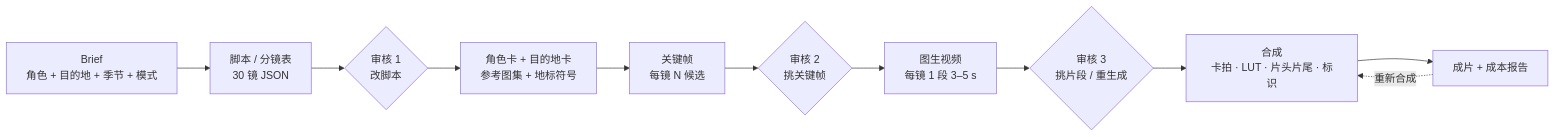
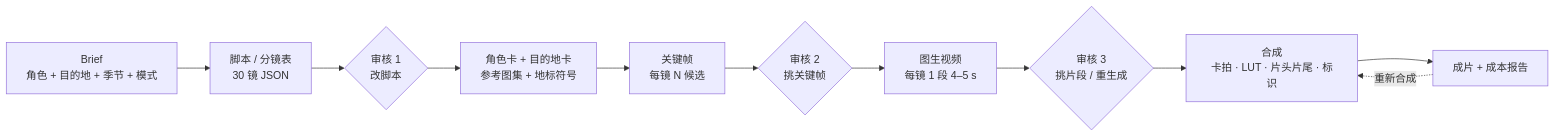
One commit to zhanghui-china/Kelvoy changed the first of 2 diagrams in docs/AI旅行Vlog生产工作台_PRD_v0.2.md. Above: the diagram before and after it, drawn with Mermaid. The commit also changed other lines of this file and 29 other files, not shown here.

````diff
--- a/docs/AI旅行Vlog生产工作台_PRD_v0.2.md
+++ b/docs/AI旅行Vlog生产工作台_PRD_v0.2.md
@@ -84,13 +84,13 @@
 ```mermaid
 flowchart LR
   A[Brief<br/>角色 + 目的地 + 季节 + 模式] --> B[脚本 / 分镜表<br/>30 镜 JSON]
   B --> G1{审核 1<br/>改脚本}
   G1 --> C[角色卡 + 目的地卡<br/>参考图集 + 地标符号]
   C --> D[关键帧<br/>每镜 N 候选]
   D --> G2{审核 2<br/>挑关键帧}
-  G2 --> E[图生视频<br/>每镜 1 段 3–5 s]
+  G2 --> E[图生视频<br/>每镜 1 段 4–5 s]
   E --> G3{审核 3<br/>挑片段 / 重生成}
   G3 --> F[合成<br/>卡拍 · LUT · 片头片尾 · 标识]
   F --> H[成片 + 成本报告]
   H -. 重新合成 .-> F
 ```
````
